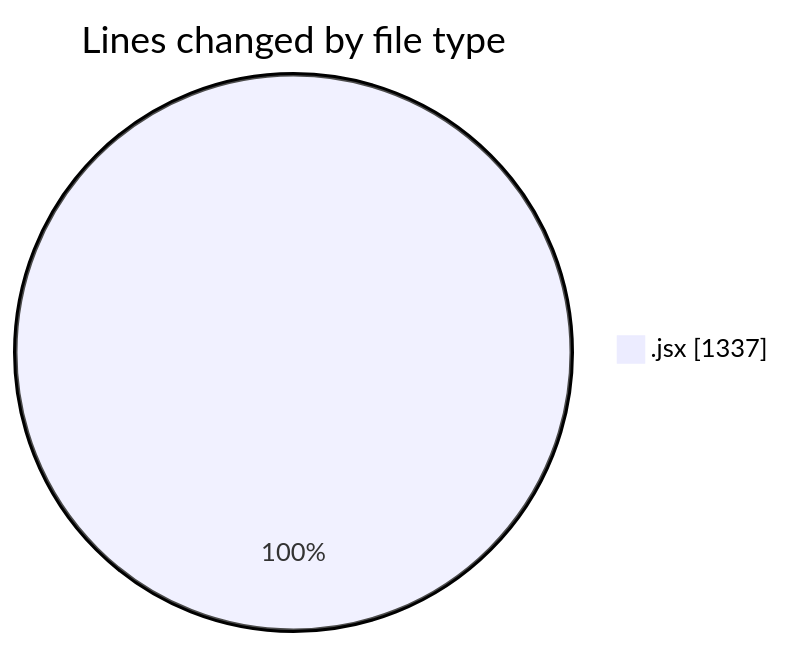
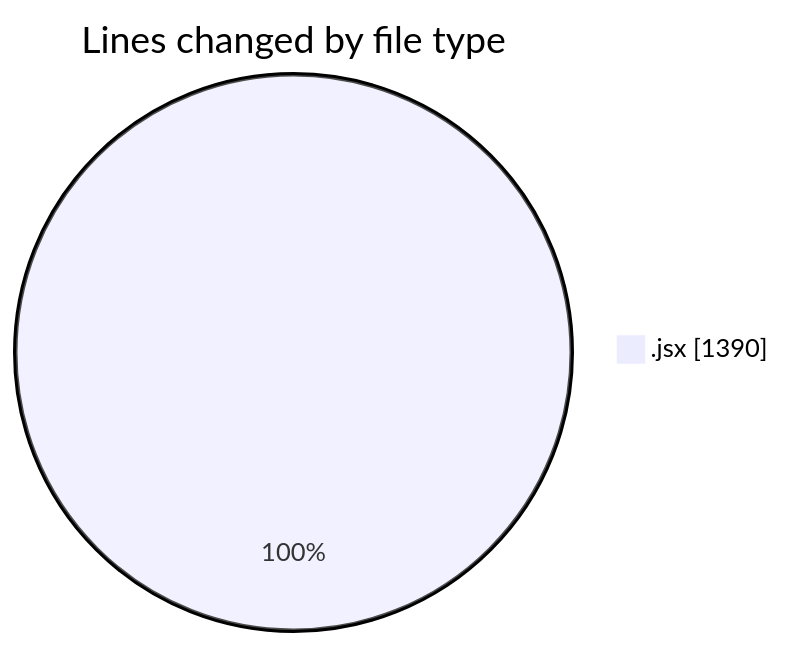
The first of 2 diagrams in 2025-10-08/nxtqube_webapp/README.md (nxtqubesakshisongat/code-tracking), drawn with Mermaid before and after one commit. The commit also changed other lines of this file and 1 other file, not shown here.

````diff
--- a/2025-10-08/nxtqube_webapp/README.md
+++ b/2025-10-08/nxtqube_webapp/README.md
@@ -21,5 +21,5 @@
 ```mermaid
 pie showData
 title Lines changed by file type
-".jsx" : 1337
+".jsx" : 1390
 ```
````
